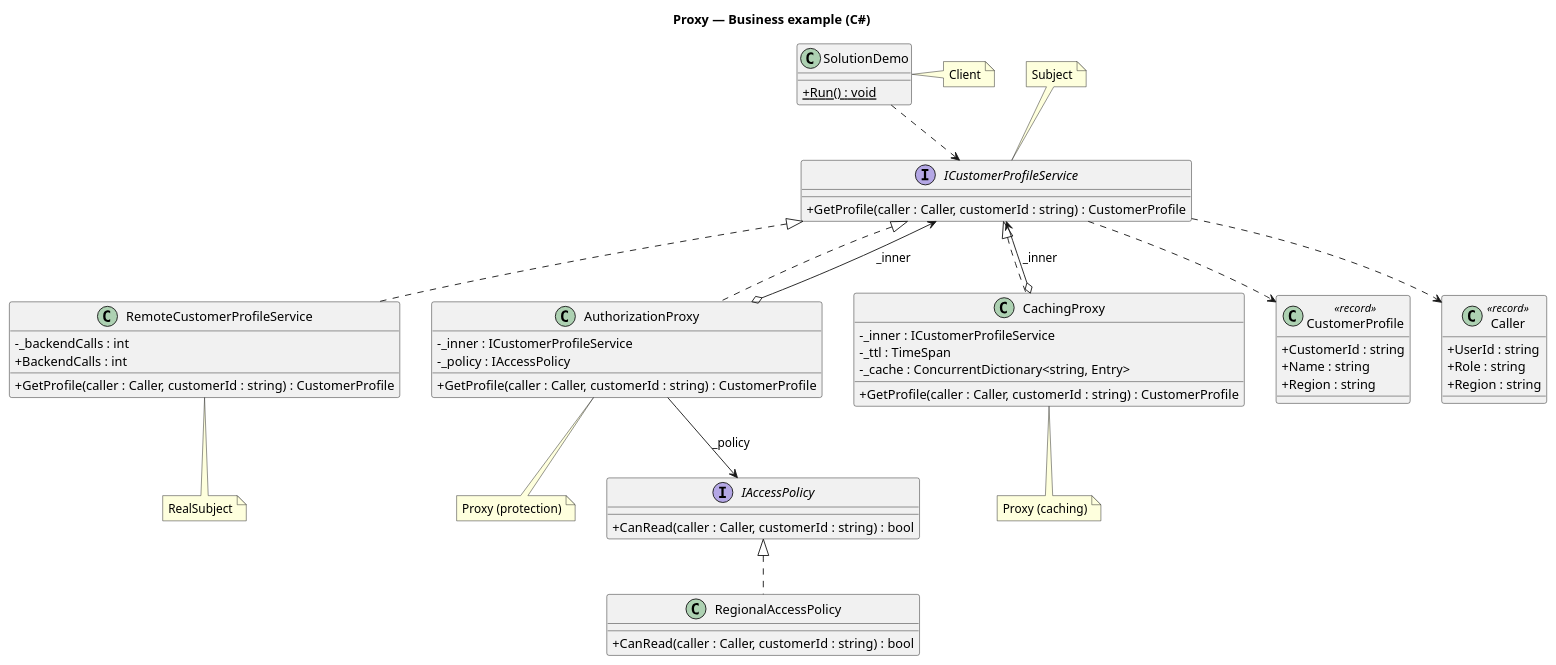
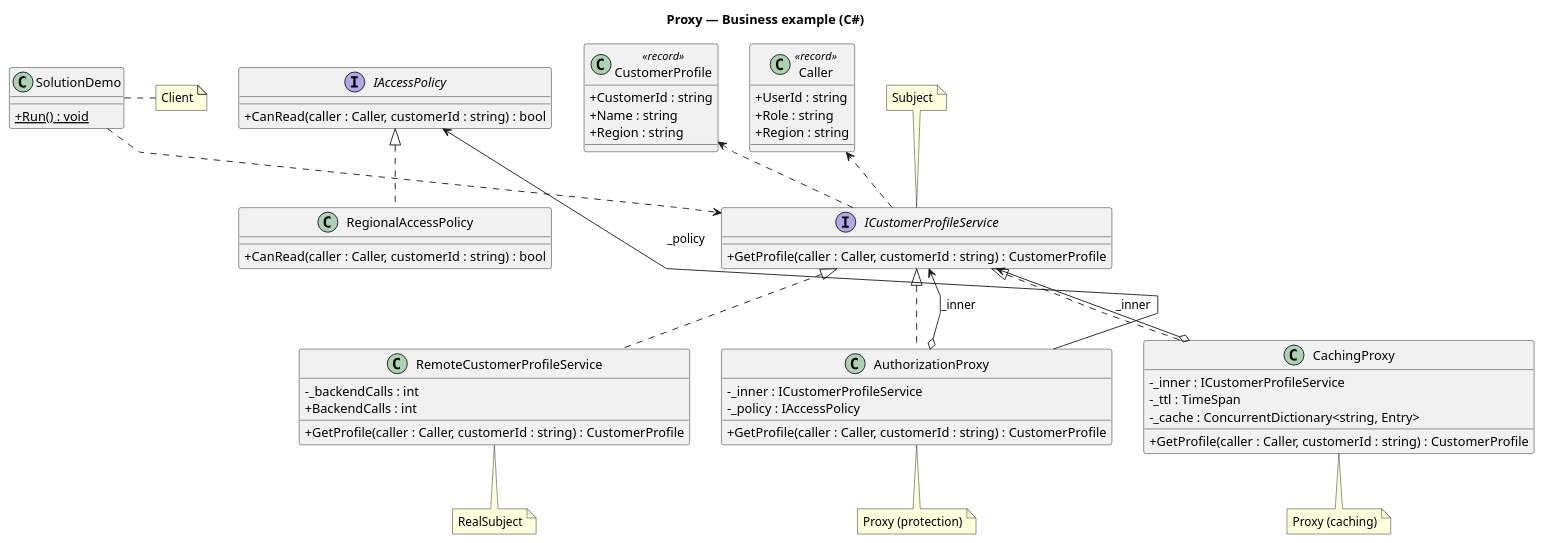
Before and after one commit to kaldiroglu/DesignPatternsWithCSharp: the diagram in Structural Patterns (Business)/Business.Proxy/uml/proxy.puml, drawn with PlantUML. The commit also changed 43 other files, not shown here.

Commit message:
Diagrams: each parent above and centered over its children, on one row, with straight lines

```diff
--- a/Structural Patterns (Business)/Business.Proxy/uml/proxy.puml
+++ b/Structural Patterns (Business)/Business.Proxy/uml/proxy.puml
@@ -1,66 +1,67 @@
 @startuml Proxy
+skinparam linetype polyline
 skinparam classAttributeIconSize 0
 title Proxy — Business example (C#)
 
 interface ICustomerProfileService {
   + GetProfile(caller : Caller, customerId : string) : CustomerProfile
 }
 note top of ICustomerProfileService : Subject
 
 class RemoteCustomerProfileService {
   - _backendCalls : int
   + GetProfile(caller : Caller, customerId : string) : CustomerProfile
   + BackendCalls : int
 }
 note bottom of RemoteCustomerProfileService : RealSubject
 
 class AuthorizationProxy {
   - _inner : ICustomerProfileService
   - _policy : IAccessPolicy
   + GetProfile(caller : Caller, customerId : string) : CustomerProfile
 }
 note bottom of AuthorizationProxy : Proxy (protection)
 
 class CachingProxy {
   - _inner : ICustomerProfileService
   - _ttl : TimeSpan
   - _cache : ConcurrentDictionary<string, Entry>
   + GetProfile(caller : Caller, customerId : string) : CustomerProfile
 }
 note bottom of CachingProxy : Proxy (caching)
 
 interface IAccessPolicy {
   + CanRead(caller : Caller, customerId : string) : bool
 }
 class RegionalAccessPolicy {
   + CanRead(caller : Caller, customerId : string) : bool
 }
 
 class CustomerProfile <<record>> {
   + CustomerId : string
   + Name : string
   + Region : string
 }
 class Caller <<record>> {
   + UserId : string
   + Role : string
   + Region : string
 }
 
 class SolutionDemo {
   + {static} Run() : void
 }
 note right of SolutionDemo : Client
 
 ICustomerProfileService <|.. RemoteCustomerProfileService
 ICustomerProfileService <|.. AuthorizationProxy
 ICustomerProfileService <|.. CachingProxy
-AuthorizationProxy o--> ICustomerProfileService : _inner
-CachingProxy o--> ICustomerProfileService : _inner
-AuthorizationProxy --> IAccessPolicy : _policy
 IAccessPolicy <|.. RegionalAccessPolicy
-ICustomerProfileService ..> CustomerProfile
-ICustomerProfileService ..> Caller
-SolutionDemo ..> ICustomerProfileService
 
+AuthorizationProxy o-[norank]-> ICustomerProfileService : _inner
+CachingProxy o-[norank]-> ICustomerProfileService : _inner
+AuthorizationProxy -[norank]-> IAccessPolicy : _policy
+ICustomerProfileService .[norank].> CustomerProfile
+ICustomerProfileService .[norank].> Caller
+SolutionDemo .[norank].> ICustomerProfileService
 @enduml
```
